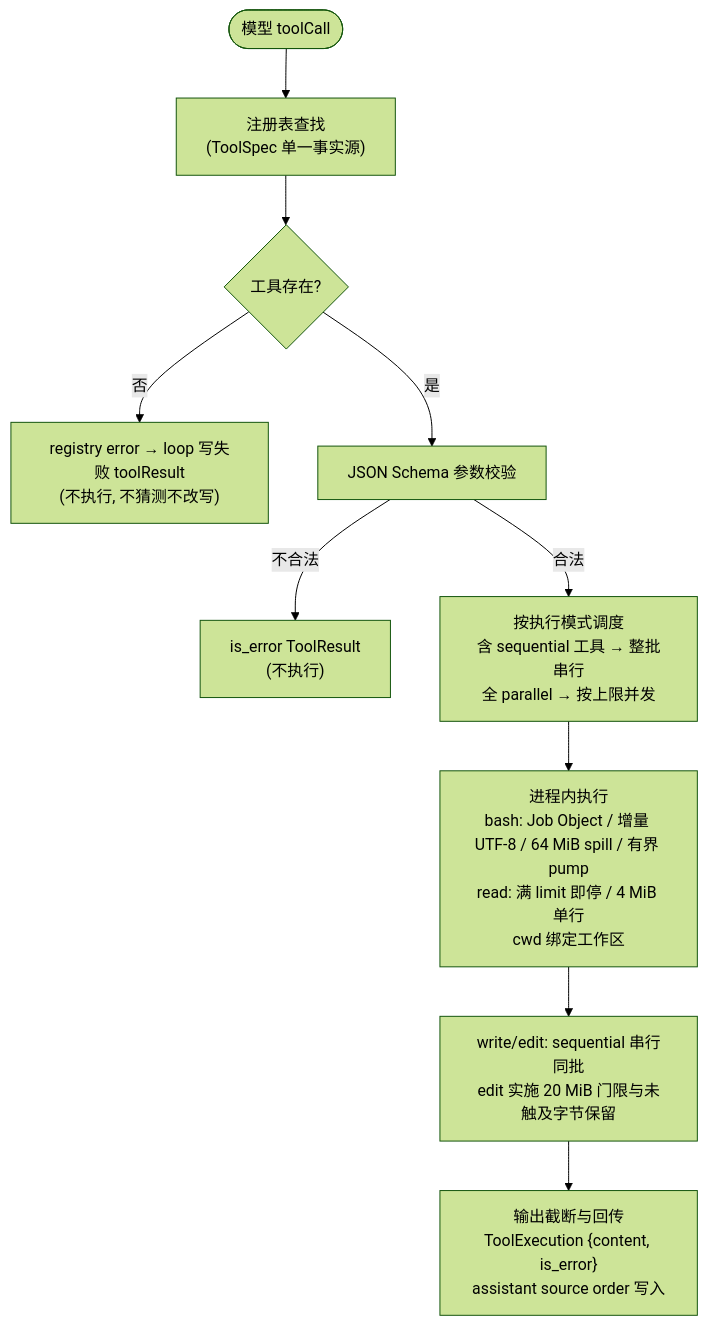
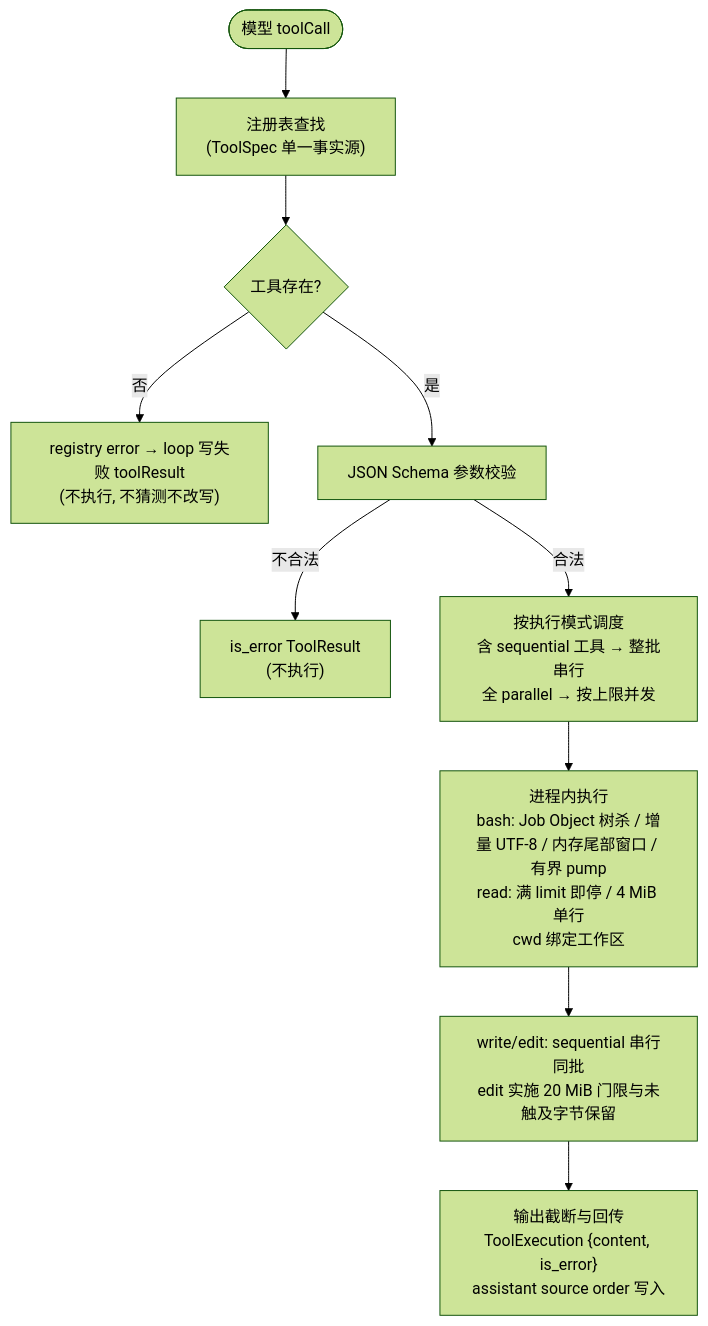
The fourth of 7 diagrams in docs/singularity.md (qjcnmd/singularity-agent), drawn with Mermaid (forest theme) before and after one commit. The commit also changed other lines of this file and 3 other files, not shown here.

````diff
--- a/docs/singularity.md
+++ b/docs/singularity.md
@@ -163,12 +163,12 @@
 ```mermaid
 flowchart TD
     A(["模型 toolCall"]) --> B["注册表查找<br/>(ToolSpec 单一事实源)"]
     B --> C{"工具存在?"}
     C -- 否 --> R1["registry error → loop 写失败 toolResult<br/>(不执行, 不猜测不改写)"]
     C -- 是 --> D["JSON Schema 参数校验"]
     D -- "不合法" --> R2["is_error ToolResult<br/>(不执行)"]
     D -- "合法" --> F1["按执行模式调度<br/>含 sequential 工具 → 整批串行<br/>全 parallel → 按上限并发"]
-    F1 --> F["进程内执行<br/>bash: Job Object / 增量 UTF-8 / 64 MiB spill / 有界 pump<br/>read: 满 limit 即停 / 4 MiB 单行<br/>cwd 绑定工作区"]
+    F1 --> F["进程内执行<br/>bash: Job Object 树杀 / 增量 UTF-8 / 内存尾部窗口 / 有界 pump<br/>read: 满 limit 即停 / 4 MiB 单行<br/>cwd 绑定工作区"]
     F --> G["write/edit: sequential 串行同批<br/>edit 实施 20 MiB 门限与未触及字节保留"]
     G --> H["输出截断与回传<br/>ToolExecution {content, is_error}<br/>assistant source order 写入"]
 ```
````
